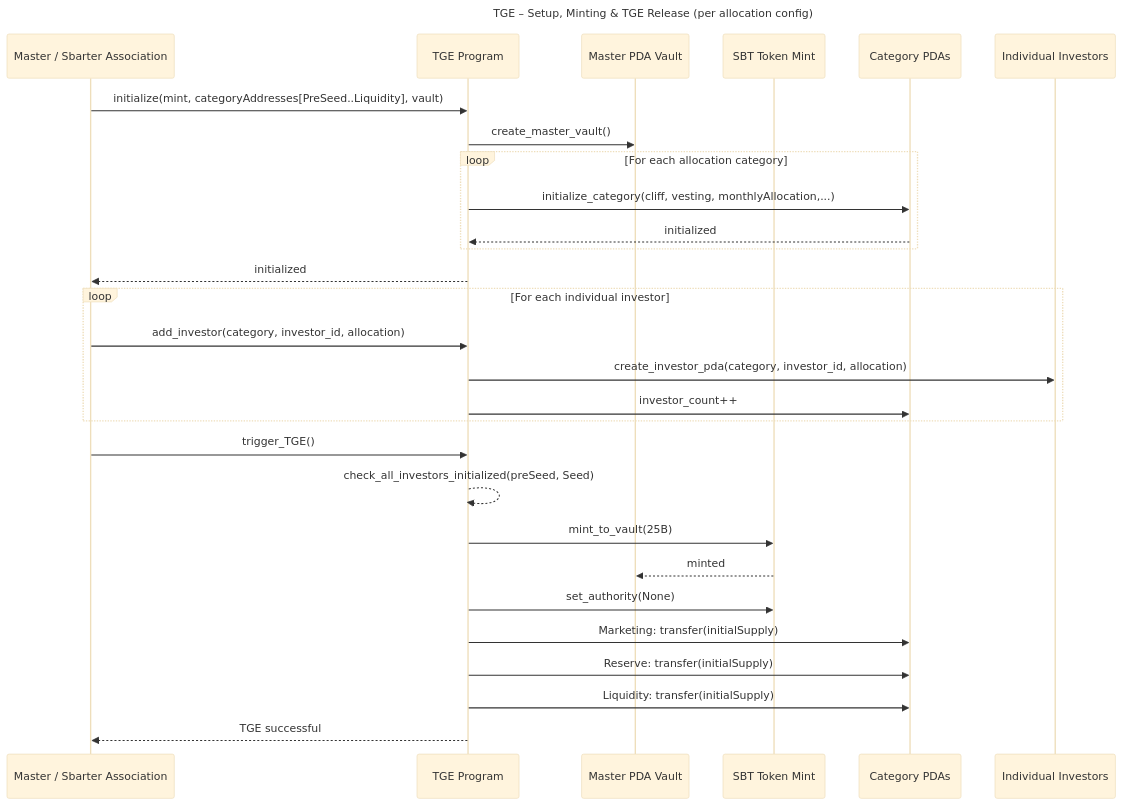
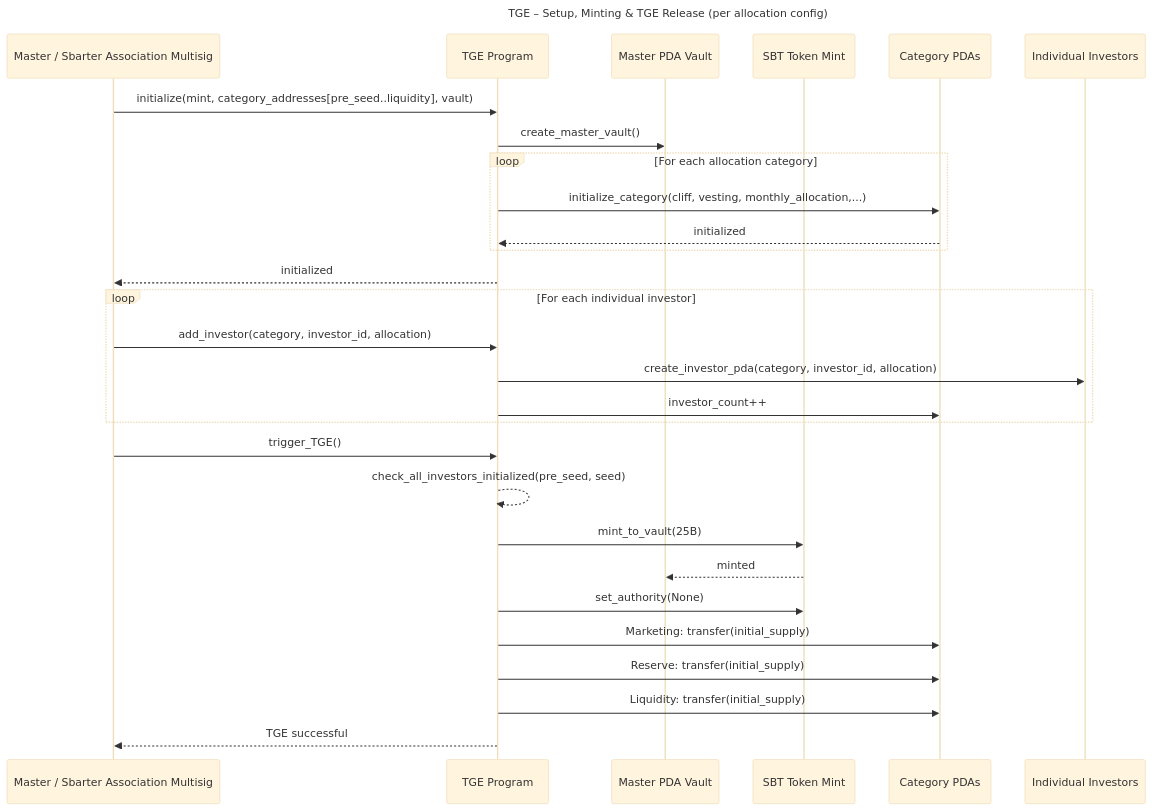
The first of 3 diagrams in README.md (sbarter/blockchain-token-solana-program), drawn with Mermaid (base theme) before and after one commit. The commit also changed other lines of this file, not shown here.

Commit message:
docs: add description

````diff
--- a/README.md
+++ b/README.md
@@ -37,40 +45,40 @@
 ```mermaid
 sequenceDiagram
     title TGE – Setup, Minting & TGE Release (per allocation config)
 
-    participant Admin as Master / Sbarter Association
+    participant Admin as Master / Sbarter Association Multisig
     participant Program as TGE Program
     participant MasterPda as Master PDA Vault
     participant Mint as SBT Token Mint
     participant Category as Category PDAs
     participant Investor as Individual Investors
 
     %% 1. Pre-TGE: configure sale and allocations
-    Admin->>Program: initialize(mint, categoryAddresses[PreSeed..Liquidity], vault)
+    Admin->>Program: initialize(mint, category_addresses[pre_seed..liquidity], vault)
     Program->>MasterPda: create_master_vault()
 
     %% 2. Pre-TGE: create vesting PDAs & escrow full allocations
     loop For each allocation category
-        Program->>Category: initialize_category(cliff, vesting, monthlyAllocation,...)
+        Program->>Category: initialize_category(cliff, vesting, monthly_allocation,...)
         Category-->>Program: initialized
     end
     Program-->>Admin: initialized
 
     loop For each individual investor
         Admin->>Program: add_investor(category, investor_id, allocation)
         Program->>Investor: create_investor_pda(category, investor_id, allocation)
         Program->>Category: investor_count++
     end
 
     %% 3. At TGE moment
     Admin->>Program: trigger_TGE()
-    Program-->>Program: check_all_investors_initialized(preSeed, Seed)
+    Program-->>Program: check_all_investors_initialized(pre_seed, seed)
     Program->>Mint: mint_to_vault(25B)
     Mint-->>MasterPda: minted
     Program->>Mint: set_authority(None)
-    Program->>Category: Marketing: transfer(initialSupply)
-    Program->>Category: Reserve: transfer(initialSupply)
-    Program->>Category: Liquidity: transfer(initialSupply)
+    Program->>Category: Marketing: transfer(initial_supply)
+    Program->>Category: Reserve: transfer(initial_supply)
+    Program->>Category: Liquidity: transfer(initial_supply)
 
     Program-->>Admin: TGE successful
 ```
````
